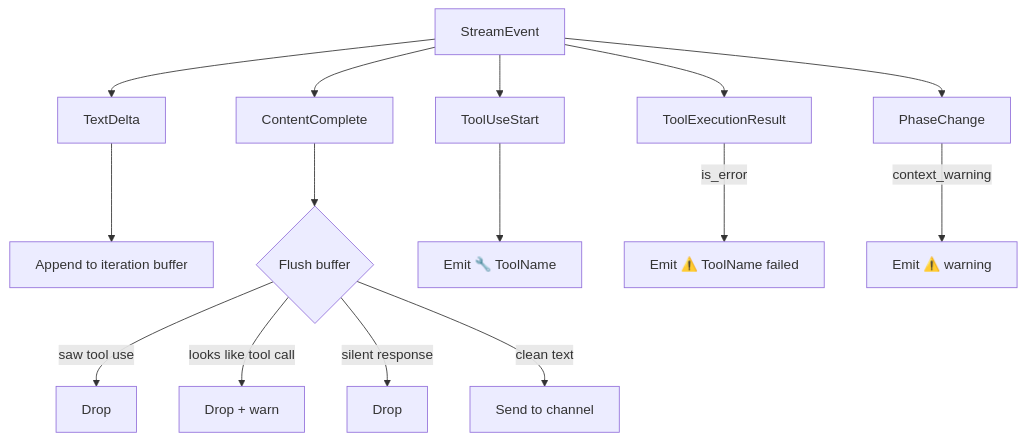
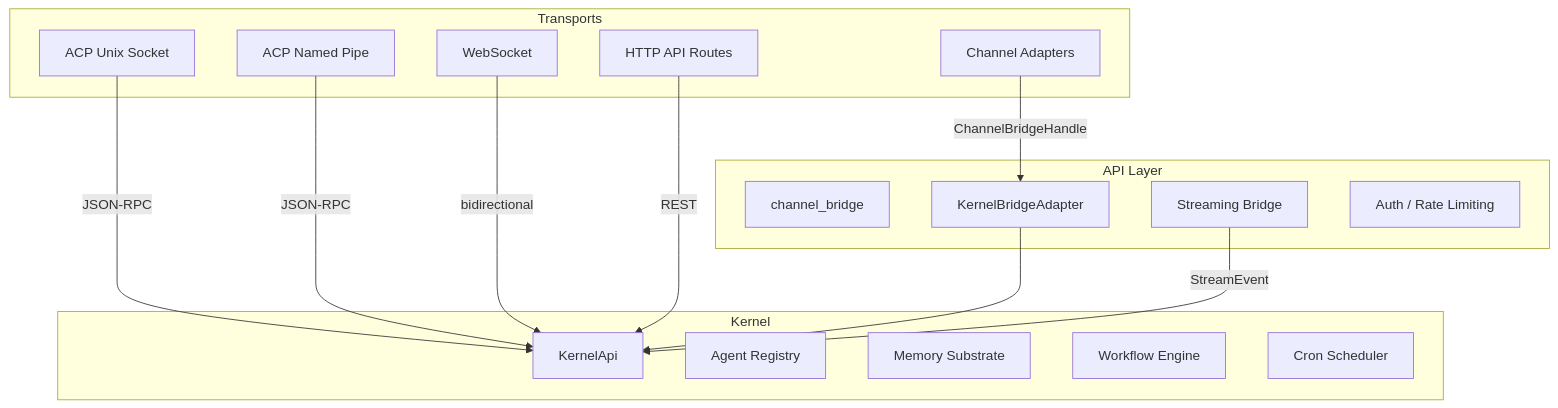
Before and after one commit to leszek3737/librefang-WIki: the diagram in api-server.md, drawn with Mermaid. The commit also changed other lines of this file and 110 other files, not shown here.

````diff
--- a/api-server.md
+++ b/api-server.md
@@ -134,18 +9,33 @@
 ```mermaid
 graph TD
-    SE[StreamEvent] --> TD[TextDelta]
-    SE --> CC[ContentComplete]
-    SE --> TUS[ToolUseStart]
-    SE --> TER[ToolExecutionResult]
-    SE --> PC[PhaseChange]
-    
-    TD --> BUF[Append to iteration buffer]
-    CC --> FLUSH{Flush buffer}
-    FLUSH -->|saw tool use| DROP1[Drop]
-    FLUSH -->|looks like tool call| DROP2[Drop + warn]
-    FLUSH -->|silent response| DROP3[Drop]
-    FLUSH -->|clean text| SEND[Send to channel]
-    TUS --> PROG["Emit 🔧 ToolName"]
-    TER -->|is_error| FAIL["Emit ⚠️ ToolName failed"]
-    PC -->|context_warning| WARN["Emit ⚠️ warning"]
+    subgraph Transports
+        UDS[ACP Unix Socket]
+        PIPE[ACP Named Pipe]
+        WS[WebSocket]
+        HTTP[HTTP API Routes]
+        CH[Channel Adapters]
+    end
+
+    subgraph API Layer
+        CB[channel_bridge]
+        BR[KernelBridgeAdapter]
+        SL[Streaming Bridge]
+        AUTH[Auth / Rate Limiting]
+    end
+
+    subgraph Kernel
+        KAPI[KernelApi]
+        REG[Agent Registry]
+        MEM[Memory Substrate]
+        WF[Workflow Engine]
+        CRON[Cron Scheduler]
+    end
+
+    UDS -->|JSON-RPC| KAPI
+    PIPE -->|JSON-RPC| KAPI
+    WS -->|bidirectional| KAPI
+    HTTP -->|REST| KAPI
+    CH -->|ChannelBridgeHandle| BR
+    BR --> KAPI
+    SL -->|StreamEvent| KAPI
 ```
````
